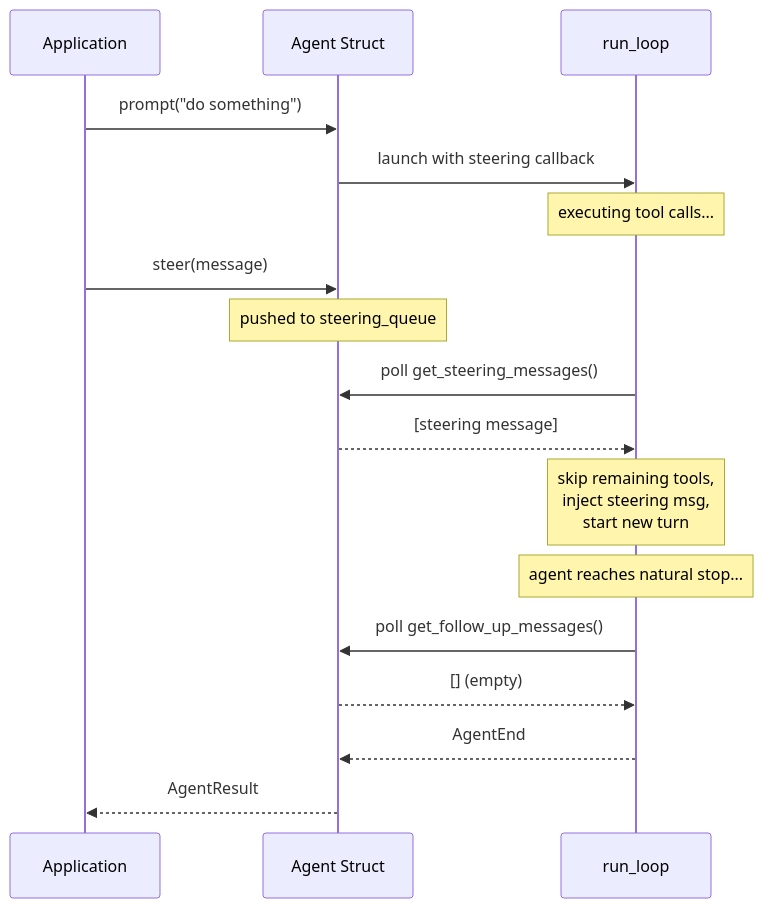
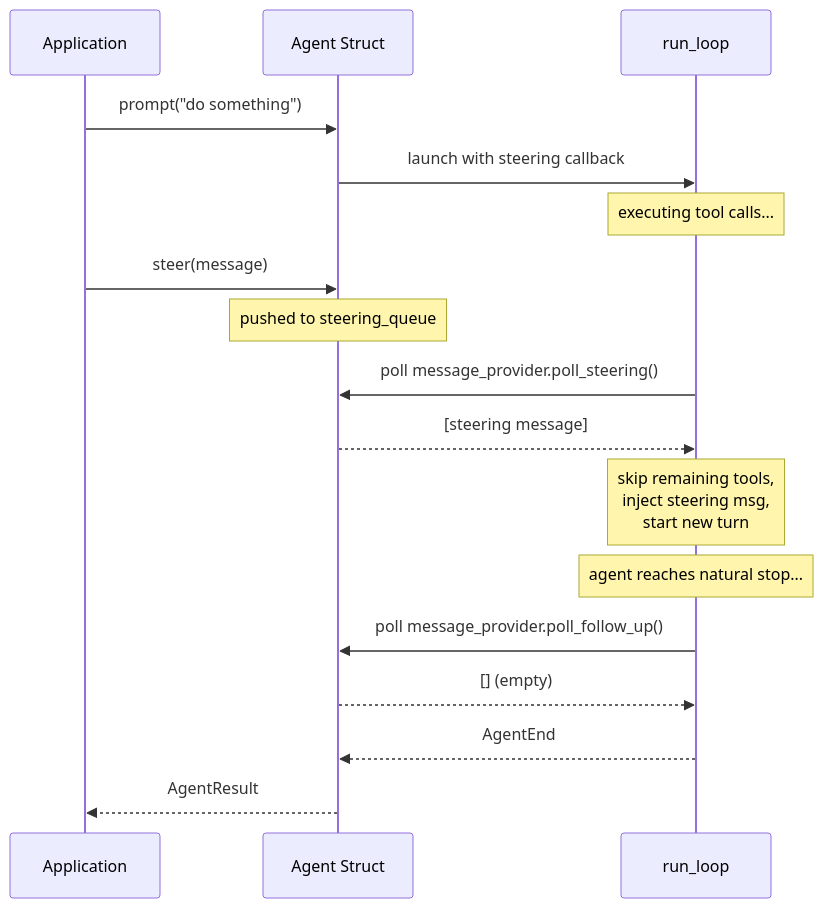
Before and after one commit to SuperSwinkAI/Swink-Agent: the fifth of 5 diagrams in docs/architecture/agent/README.md, drawn with Mermaid. The commit also changed other lines of this file and 82 other files, not shown here.

````diff
--- a/docs/architecture/agent/README.md
+++ b/docs/architecture/agent/README.md
@@ -178,25 +178,25 @@
 ```mermaid
 sequenceDiagram
     participant App as Application
     participant Agent as Agent Struct
     participant RunLoop as run_loop
 
     App->>Agent: prompt("do something")
     Agent->>RunLoop: launch with steering callback
 
     Note over RunLoop: executing tool calls...
 
     App->>Agent: steer(message)
     Note over Agent: pushed to steering_queue
 
-    RunLoop->>Agent: poll get_steering_messages()
+    RunLoop->>Agent: poll message_provider.poll_steering()
     Agent-->>RunLoop: [steering message]
     Note over RunLoop: skip remaining tools,<br/>inject steering msg,<br/>start new turn
 
     Note over RunLoop: agent reaches natural stop...
 
-    RunLoop->>Agent: poll get_follow_up_messages()
+    RunLoop->>Agent: poll message_provider.poll_follow_up()
     Agent-->>RunLoop: [] (empty)
     RunLoop-->>Agent: AgentEnd
     Agent-->>App: AgentResult
 ```
````
